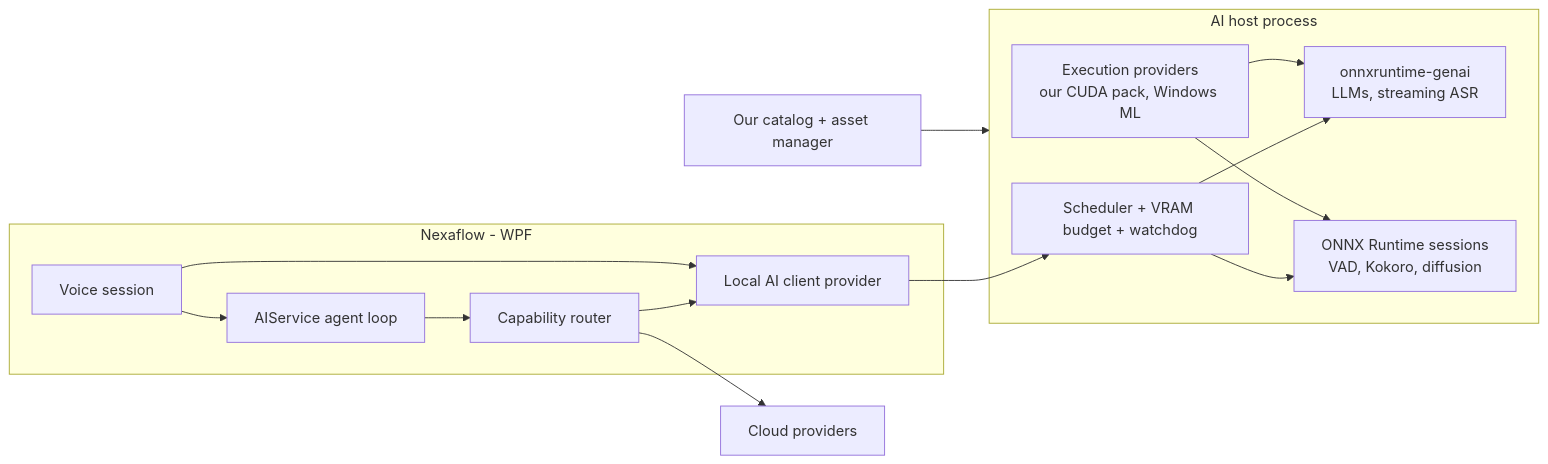
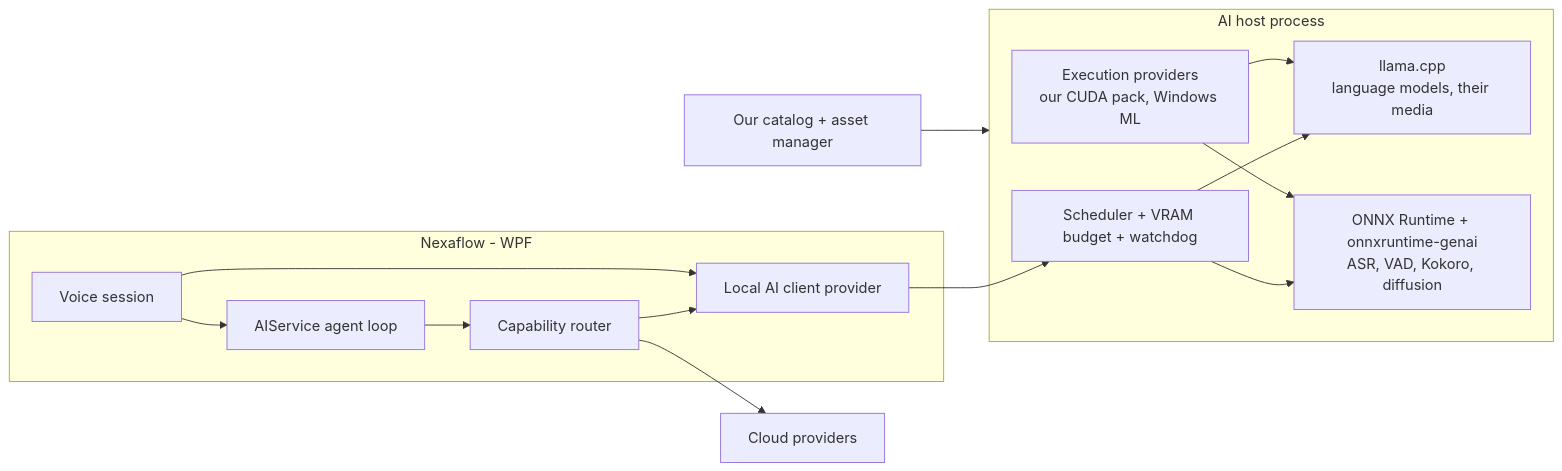
The first of 2 diagrams in docs/local-ai.md (smile-forge/nexaflow), drawn with Mermaid before and after one commit. The commit also changed other lines of this file and 1 other file, not shown here.

Commit message:
Docs: language models on llama.cpp, prompted by their own templates

````diff
--- a/docs/local-ai.md
+++ b/docs/local-ai.md
@@ -162,26 +165,26 @@
 ```mermaid
 flowchart LR
     subgraph app [Nexaflow - WPF]
         router[Capability router]
         agent[AIService agent loop]
         voice[Voice session]
         client[Local AI client provider]
     end
     subgraph host [AI host process]
         sched[Scheduler + VRAM budget + watchdog]
-        llm[onnxruntime-genai<br/>LLMs, streaming ASR]
-        ort[ONNX Runtime sessions<br/>VAD, Kokoro, diffusion]
+        llm[llama.cpp<br/>language models, their media]
+        ort[ONNX Runtime + onnxruntime-genai<br/>ASR, VAD, Kokoro, diffusion]
         eps[Execution providers<br/>our CUDA pack, Windows ML]
     end
     catalog[Our catalog + asset manager]
     cloud[Cloud providers]
     voice --> agent --> router
     router --> client --> sched
     router --> cloud
     voice --> client
     sched --> llm
     sched --> ort
     eps --> llm
     eps --> ort
     catalog --> host
 ```
````
